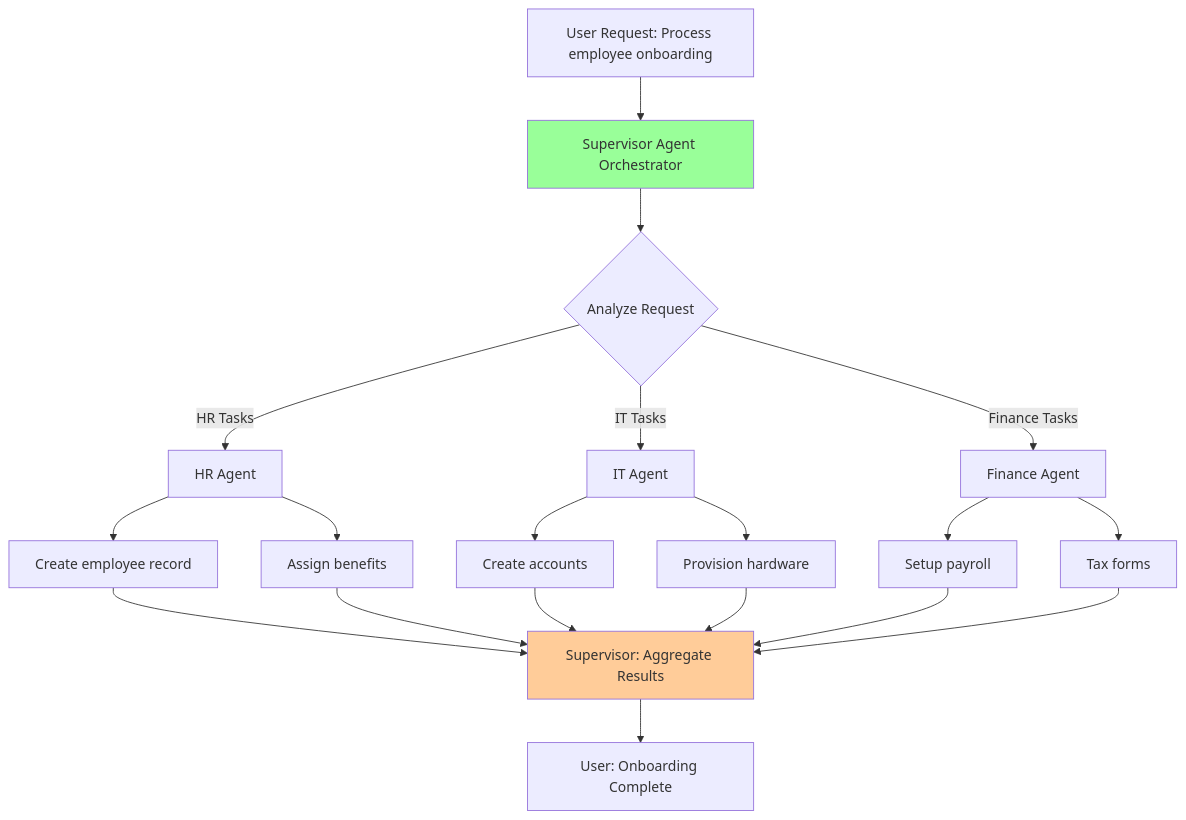
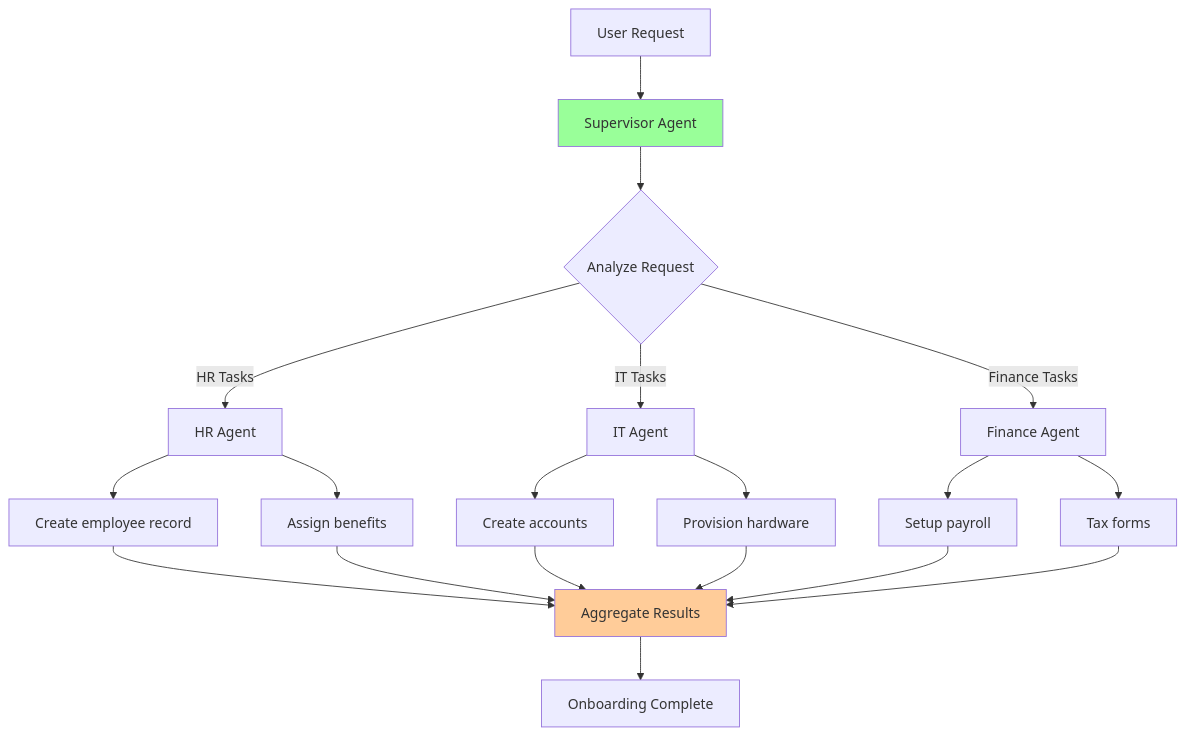
One commit to girijesh-ai/ai-interview-codex changed the fifth of 42 diagrams in gen-ai/ibm-watsonx-orchestrate-interview-guide.md. Above: the diagram before and after it, drawn with Mermaid. The commit also changed other lines of this file, not shown here.

Commit message:
Fix comparison matrix table and simplify Supervisor pattern diagram

````diff
--- a/gen-ai/ibm-watsonx-orchestrate-interview-guide.md
+++ b/gen-ai/ibm-watsonx-orchestrate-interview-guide.md
@@ -162,30 +162,30 @@
 ```mermaid
 graph TD
-    A["User Request: Process employee onboarding"] --> B["Supervisor Agent Orchestrator"]
+    A[User Request] --> B[Supervisor Agent]
 
     B --> C{Analyze Request}
     C -->|HR Tasks| D[HR Agent]
     C -->|IT Tasks| E[IT Agent]
     C -->|Finance Tasks| F[Finance Agent]
 
     D --> D1[Create employee record]
     D --> D2[Assign benefits]
 
     E --> E1[Create accounts]
     E --> E2[Provision hardware]
 
     F --> F1[Setup payroll]
     F --> F2[Tax forms]
 
-    D1 --> G["Supervisor: Aggregate Results"]
+    D1 --> G[Aggregate Results]
     D2 --> G
     E1 --> G
     E2 --> G
     F1 --> G
     F2 --> G
 
-    G --> H["User: Onboarding Complete"]
+    G --> H[Onboarding Complete]
 
     style B fill:#99ff99
     style G fill:#ffcc99
 ```
````
